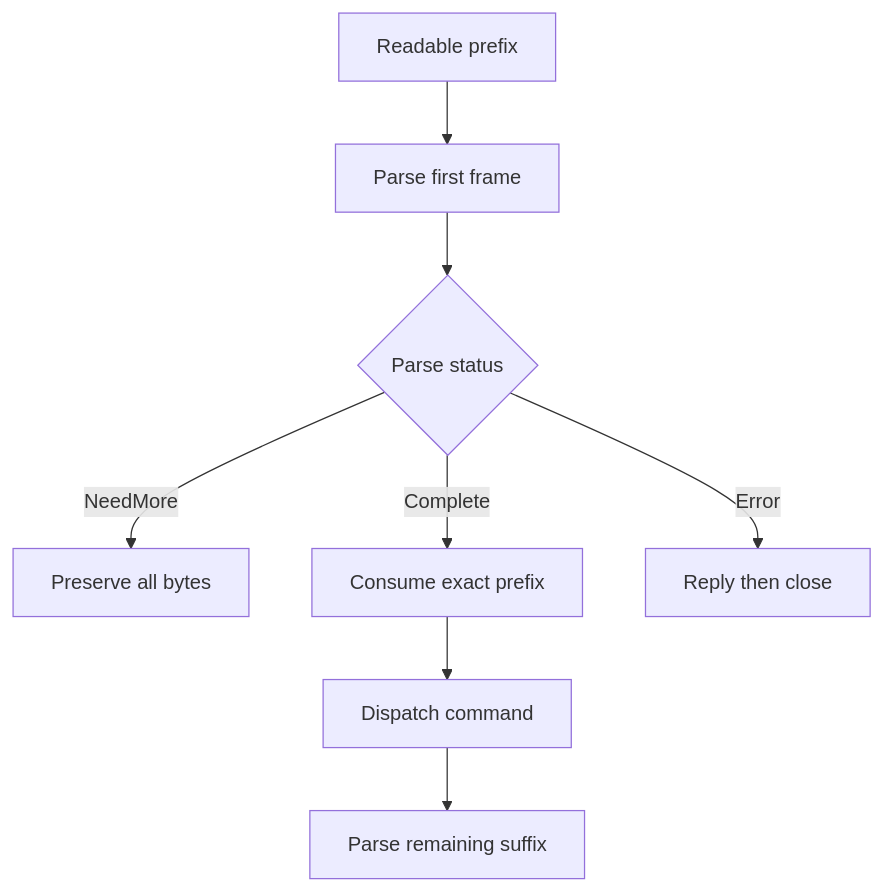
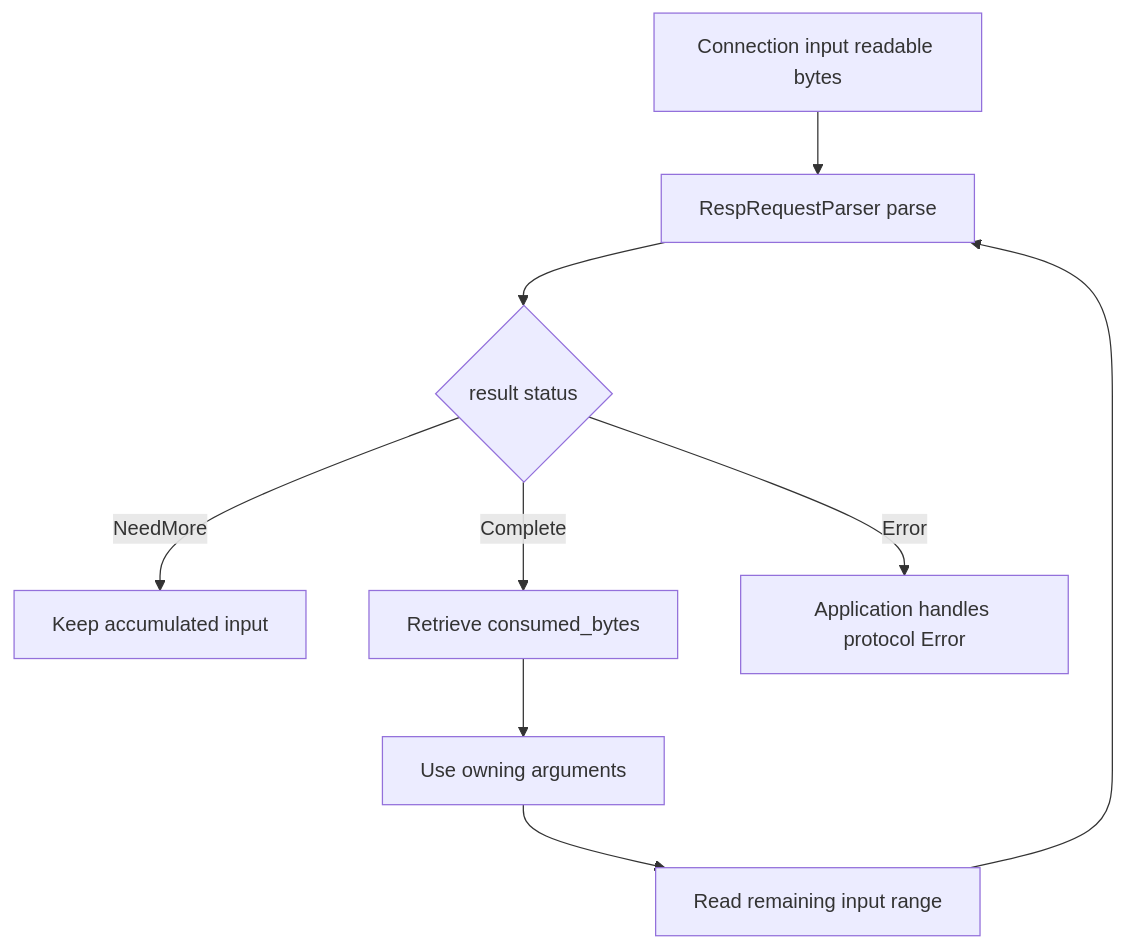
The diagram in week12/day3/day3.md (FxorG00/system-learning-notes), drawn with Mermaid before and after one commit. The commit also changed other lines of this file and 13 other files, not shown here.

````diff
--- a/week12/day3/day3.md
+++ b/week12/day3/day3.md
@@ -836,18 +877,19 @@
 ```mermaid
 flowchart TD
-    A[Readable prefix]
-    B[Parse first frame]
-    C{Parse status}
-    D[Preserve all bytes]
-    E[Consume exact prefix]
-    F[Dispatch command]
-    G[Parse remaining suffix]
-    H[Reply then close]
+    A["Connection input readable bytes"]
+    B["RespRequestParser parse"]
+    C{"result status"}
+    D["Keep accumulated input"]
+    E["Retrieve consumed_bytes"]
+    F["Use owning arguments"]
+    G["Read remaining input range"]
+    H["Application handles protocol Error"]
     A --> B
     B --> C
     C -->|NeedMore| D
     C -->|Complete| E
     E --> F
     F --> G
+    G --> B
     C -->|Error| H
 ```
````
